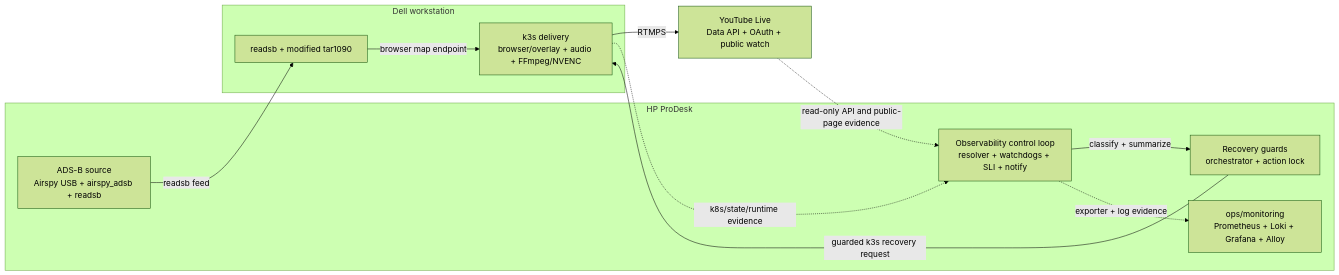
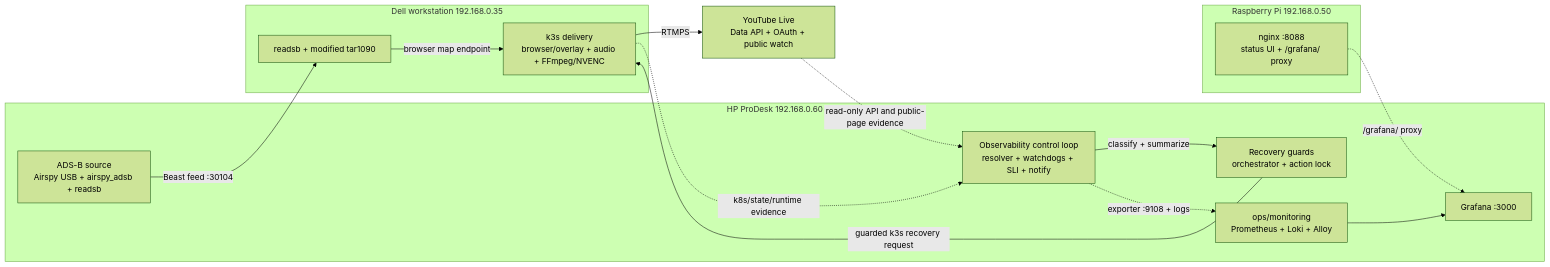
One commit to yukimurata0421/live-stream-systems-case-study changed the diagram in README.md. Above: the diagram before and after it, drawn with Mermaid (forest theme). The commit also changed other lines of this file and 7 other files, not shown here.

````diff
--- a/README.md
+++ b/README.md
@@ -40,25 +43,32 @@
 ```mermaid
 flowchart LR
-    subgraph HP["HP ProDesk"]
+    subgraph HP["HP ProDesk 192.168.0.60"]
         ADSB["ADS-B source<br/>Airspy USB + airspy_adsb + readsb"]
         MON["Observability control loop<br/>resolver + watchdogs + SLI + notify"]
         GUARD["Recovery guards<br/>orchestrator + action lock"]
-        OPS["ops/monitoring<br/>Prometheus + Loki + Grafana + Alloy"]
+        PROM["ops/monitoring<br/>Prometheus + Loki + Alloy"]
+        GRAF["Grafana :3000"]
     end
 
-    subgraph DELL["Dell workstation"]
+    subgraph DELL["Dell workstation 192.168.0.35"]
         MAP["readsb + modified tar1090"]
         K3S["k3s delivery<br/>browser/overlay + audio + FFmpeg/NVENC"]
     end
 
+    subgraph RPI["Raspberry Pi 192.168.0.50"]
+        NGINX["nginx :8088<br/>status UI + /grafana/ proxy"]
+    end
+
     YT["YouTube Live<br/>Data API + OAuth + public watch"]
 
-    ADSB -->|readsb feed| MAP
+    ADSB -->|Beast feed :30104| MAP
     MAP -->|browser map endpoint| K3S
     K3S -->|RTMPS| YT
     K3S -. k8s/state/runtime evidence .-> MON
     YT -. read-only API and public-page evidence .-> MON
     MON -->|classify + summarize| GUARD
     GUARD -->|guarded k3s recovery request| K3S
-    MON -. exporter + log evidence .-> OPS
+    MON -. exporter :9108 + logs .-> PROM
+    PROM --> GRAF
+    NGINX -. /grafana/ proxy .-> GRAF
 ```
````
